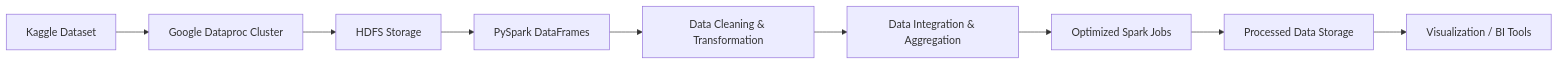
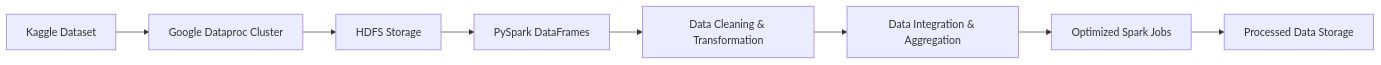
The diagram in README.md (sibashish9040/E-commerce-analysis-gcp), drawn with Mermaid before and after one commit. The commit also changed other lines of this file, not shown here.

````diff
--- a/README.md
+++ b/README.md
@@ -20,11 +20,10 @@
 ```mermaid
 flowchart LR
   A[Kaggle Dataset] --> B[Google Dataproc Cluster]
   B --> C[HDFS Storage]
   C --> D[PySpark DataFrames]
   D --> E[Data Cleaning & Transformation]
   E --> F[Data Integration & Aggregation]
   F --> G[Optimized Spark Jobs]
   G --> H[Processed Data Storage]
-  H --> I[Visualization / BI Tools]
 ```
````
